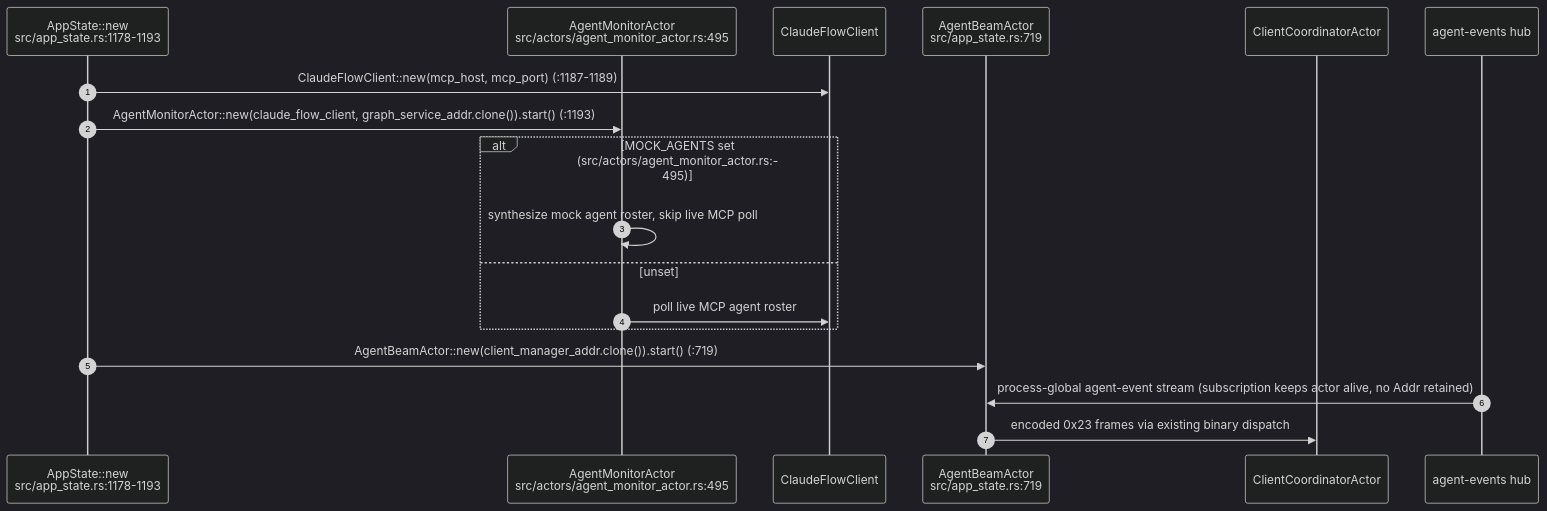
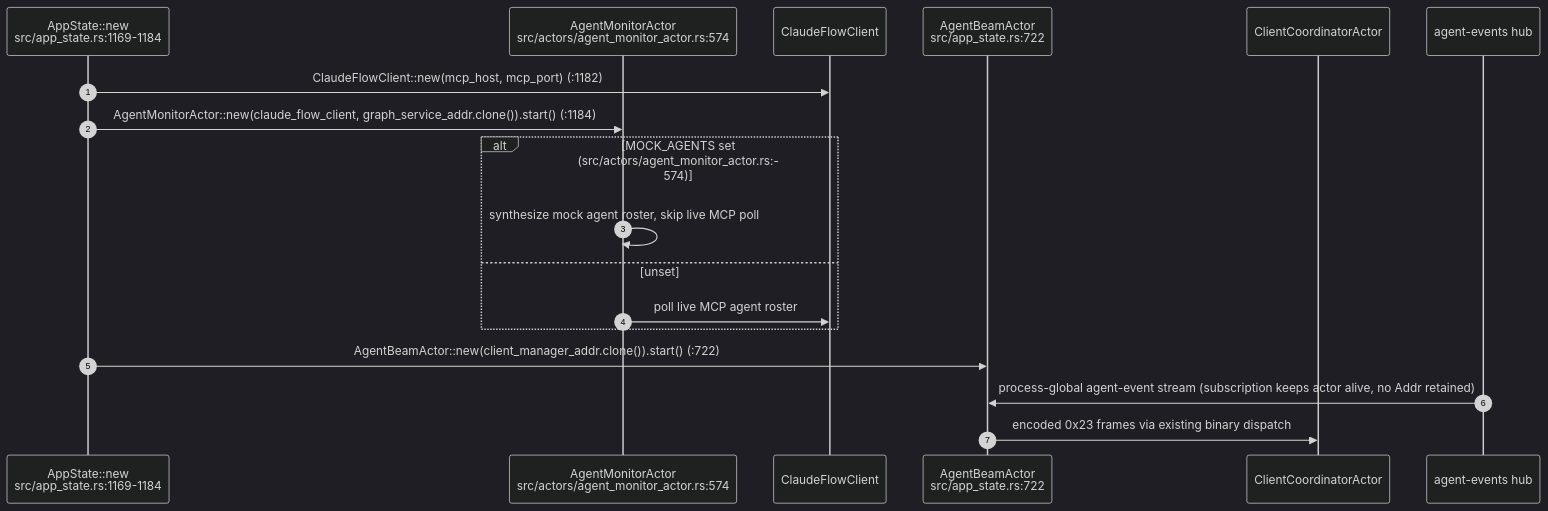
Before and after one commit to DreamLab-AI/AR-AI-Knowledge-Graph: diagram 20 of 20 in docs/diagrams/visionclaw/02-actor-supervision.md, drawn with Mermaid (dark theme). The commit also changed other lines of this file and 172 other files, not shown here.

````diff
--- a/docs/diagrams/visionclaw/02-actor-supervision.md
+++ b/docs/diagrams/visionclaw/02-actor-supervision.md
@@ -612,21 +602,21 @@
 ```mermaid
 sequenceDiagram
     autonumber
-    participant APP as AppState::new<br/>src/app_state.rs:1178-1193
-    participant AM as AgentMonitorActor<br/>src/actors/agent_monitor_actor.rs:495
+    participant APP as AppState::new<br/>src/app_state.rs:1169-1184
+    participant AM as AgentMonitorActor<br/>src/actors/agent_monitor_actor.rs:574
     participant CFC as ClaudeFlowClient
-    participant AB as AgentBeamActor<br/>src/app_state.rs:719
+    participant AB as AgentBeamActor<br/>src/app_state.rs:722
     participant CC as ClientCoordinatorActor
     participant HUB as agent-events hub
 
-    APP->>CFC: ClaudeFlowClient::new(mcp_host, mcp_port) (:1187-1189)
-    APP->>AM: AgentMonitorActor::new(claude_flow_client, graph_service_addr.clone()).start() (:1193)
-    alt MOCK_AGENTS set (src/actors/agent_monitor_actor.rs:495)
+    APP->>CFC: ClaudeFlowClient::new(mcp_host, mcp_port) (:1182)
+    APP->>AM: AgentMonitorActor::new(claude_flow_client, graph_service_addr.clone()).start() (:1184)
+    alt MOCK_AGENTS set (src/actors/agent_monitor_actor.rs:574)
         AM->>AM: synthesize mock agent roster, skip live MCP poll
     else unset
         AM->>CFC: poll live MCP agent roster
     end
-    APP->>AB: AgentBeamActor::new(client_manager_addr.clone()).start() (:719)
+    APP->>AB: AgentBeamActor::new(client_manager_addr.clone()).start() (:722)
     HUB->>AB: process-global agent-event stream (subscription keeps actor alive, no Addr retained)
     AB->>CC: encoded 0x23 frames via existing binary dispatch
 ```
````
